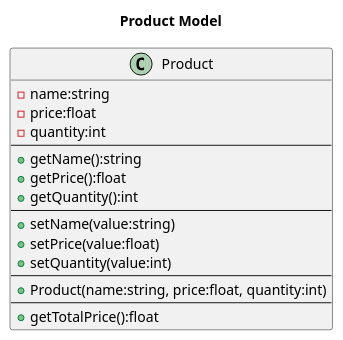
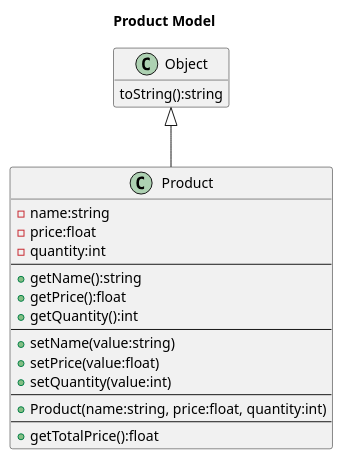
One commit to yunusky/OopWithApplication changed the diagram in Python/chapter_04_01_productmodel.wsd. Above: the diagram before and after it, drawn with PlantUML. The commit also changed 1 other file, not shown here.

```diff
--- a/Python/chapter_04_01_productmodel.wsd
+++ b/Python/chapter_04_01_productmodel.wsd
@@ -1,20 +1,29 @@
 @startuml
 title Product Model
 class Product {
     -name:string
     -price:float
     -quantity:int
     --
     +getName():string
     +getPrice():float
     +getQuantity():int
     --
     +setName(value:string)
     +setPrice(value:float)
     +setQuantity(value:int)
     --
     +Product(name:string, price:float, quantity:int)
     --
     +getTotalPrice():float
 }
+
+class Object {
+    toString():string
+}
+
+Product -up-|> Object
+
+hide empty members
+
 @enduml
```
